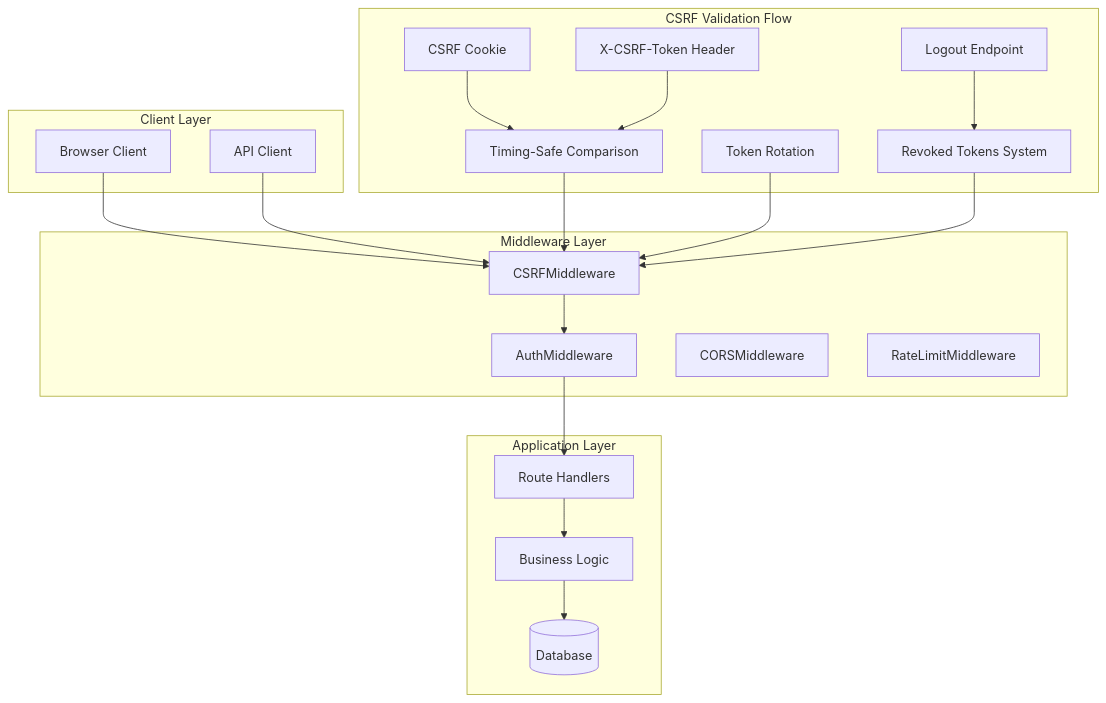
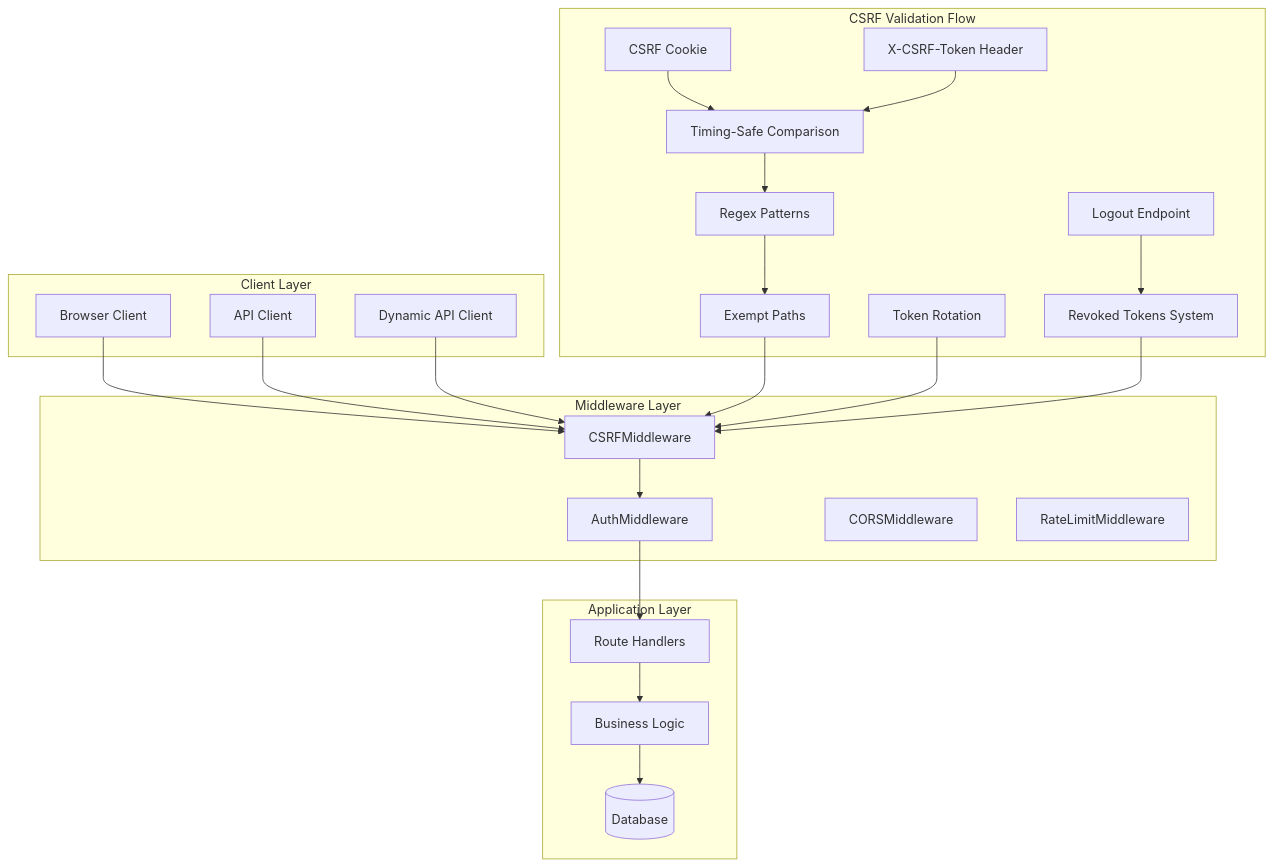
One commit to Revanththetalogics/aireume changed the first of 7 diagrams in .qoder/repowiki/en/content/Advanced Topics/Security Hardening/CSRF Protection Middleware.md. Above: the diagram before and after it, drawn with Mermaid. The commit also changed other lines of this file and 4 other files, not shown here.

````diff
--- a/.qoder/repowiki/en/content/Advanced Topics/Security Hardening/CSRF Protection Middleware.md
+++ b/.qoder/repowiki/en/content/Advanced Topics/Security Hardening/CSRF Protection Middleware.md
@@ -48,38 +49,44 @@
 ```mermaid
 graph TB
 subgraph "Client Layer"
 Browser[Browser Client]
 API[API Client]
+Dynamic[Dynamic API Client]
 end
 subgraph "Middleware Layer"
 CSRF[CSRFMiddleware]
 Auth[AuthMiddleware]
 CORS[CORSMiddleware]
 RateLimit[RateLimitMiddleware]
 end
 subgraph "Application Layer"
 Routes[Route Handlers]
 Services[Business Logic]
 Database[(Database)]
 end
 Browser --> CSRF
 API --> CSRF
+Dynamic --> CSRF
 CSRF --> Auth
 Auth --> Routes
 Routes --> Services
 Services --> Database
 subgraph "CSRF Validation Flow"
 Cookie[CSRF Cookie]
 Header[X-CSRF-Token Header]
 Timing[Timing-Safe Comparison]
+Patterns[Regex Patterns]
+Exempt[Exempt Paths]
 Rotation[Token Rotation]
 Logout[Logout Endpoint]
 Revoked[Revoked Tokens System]
 end
 Cookie --> Timing
 Header --> Timing
-Timing --> CSRF
+Timing --> Patterns
+Patterns --> Exempt
+Exempt --> CSRF
 Rotation --> CSRF
 Logout --> Revoked
 Revoked --> CSRF
 ```
````
